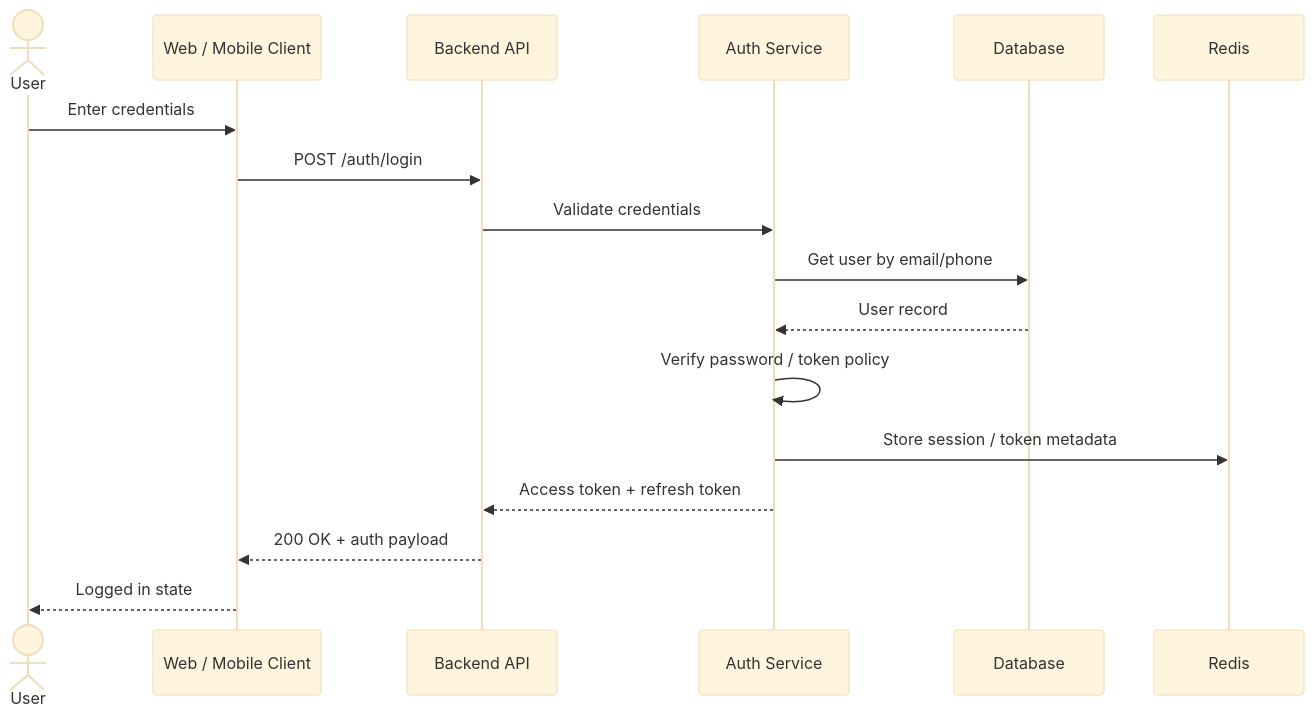
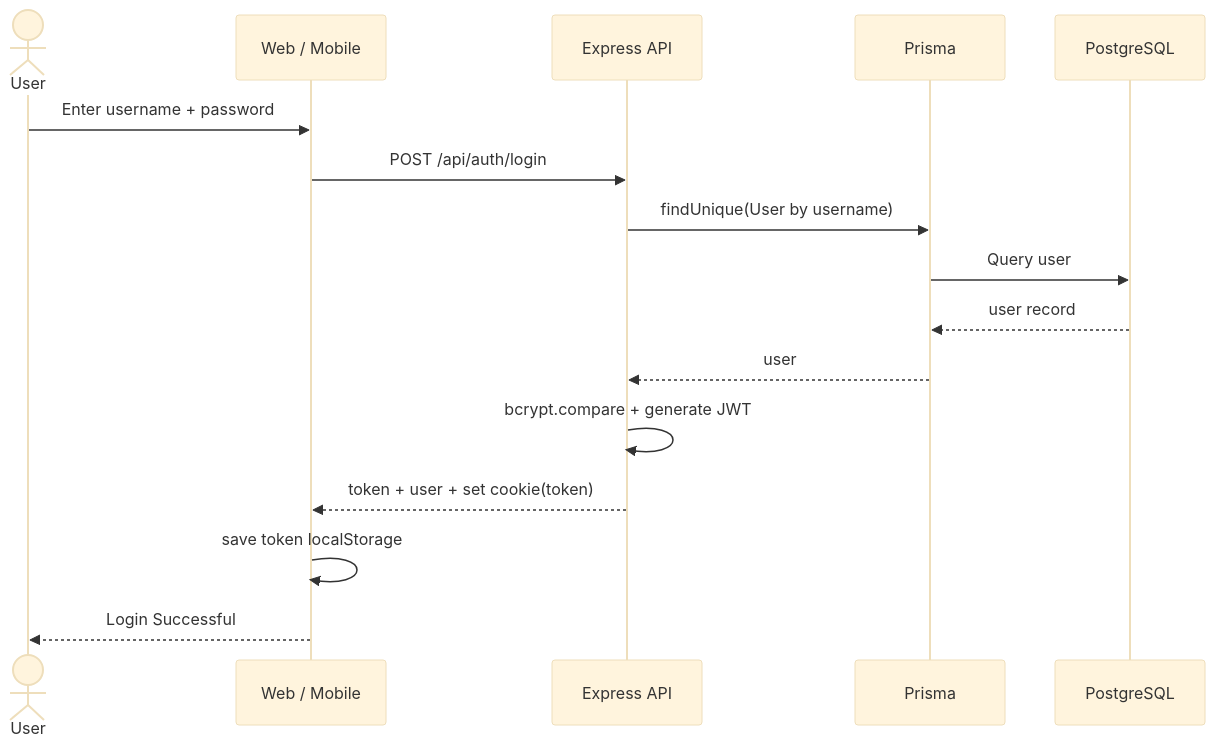
One commit to Hikaru2035/student-timetable changed the fourth of 8 diagrams in diagram.md. Above: the diagram before and after it, drawn with Mermaid (base theme). The commit also changed other lines of this file, not shown here.

First line of the commit message:
Revise architecture diagrams for student timetable system

````diff
--- a/diagram.md
+++ b/diagram.md
@@ -287,20 +175,19 @@
 ```mermaid
 sequenceDiagram
     actor User
-    participant Web as Web / Mobile Client
-    participant API as Backend API
-    participant Auth as Auth Service
-    participant DB as Database
-    participant Cache as Redis
+    participant FE as Web / Mobile
+    participant API as Express API
+    participant Prisma as Prisma
+    participant DB as PostgreSQL
 
-    User->>Web: Enter credentials
-    Web->>API: POST /auth/login
-    API->>Auth: Validate credentials
-    Auth->>DB: Get user by email/phone
-    DB-->>Auth: User record
-    Auth->>Auth: Verify password / token policy
-    Auth->>Cache: Store session / token metadata
-    Auth-->>API: Access token + refresh token
-    API-->>Web: 200 OK + auth payload
-    Web-->>User: Logged in state
+    User->>FE: Enter username + password
+    FE->>API: POST /api/auth/login
+    API->>Prisma: findUnique(User by username)
+    Prisma->>DB: Query user
+    DB-->>Prisma: user record
+    Prisma-->>API: user
+    API->>API: bcrypt.compare + generate JWT
+    API-->>FE: token + user + set cookie(token)
+    FE->>FE: save token localStorage
+    FE-->>User: Login Successful
 ```
````
